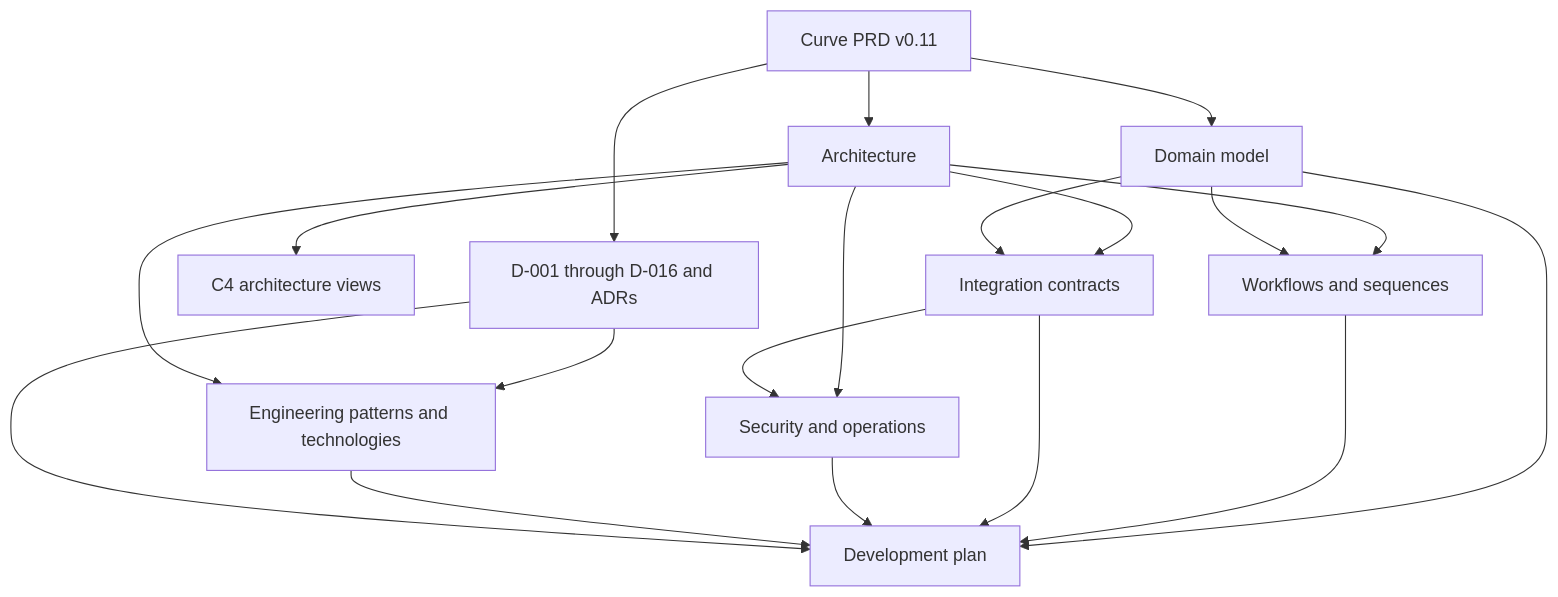
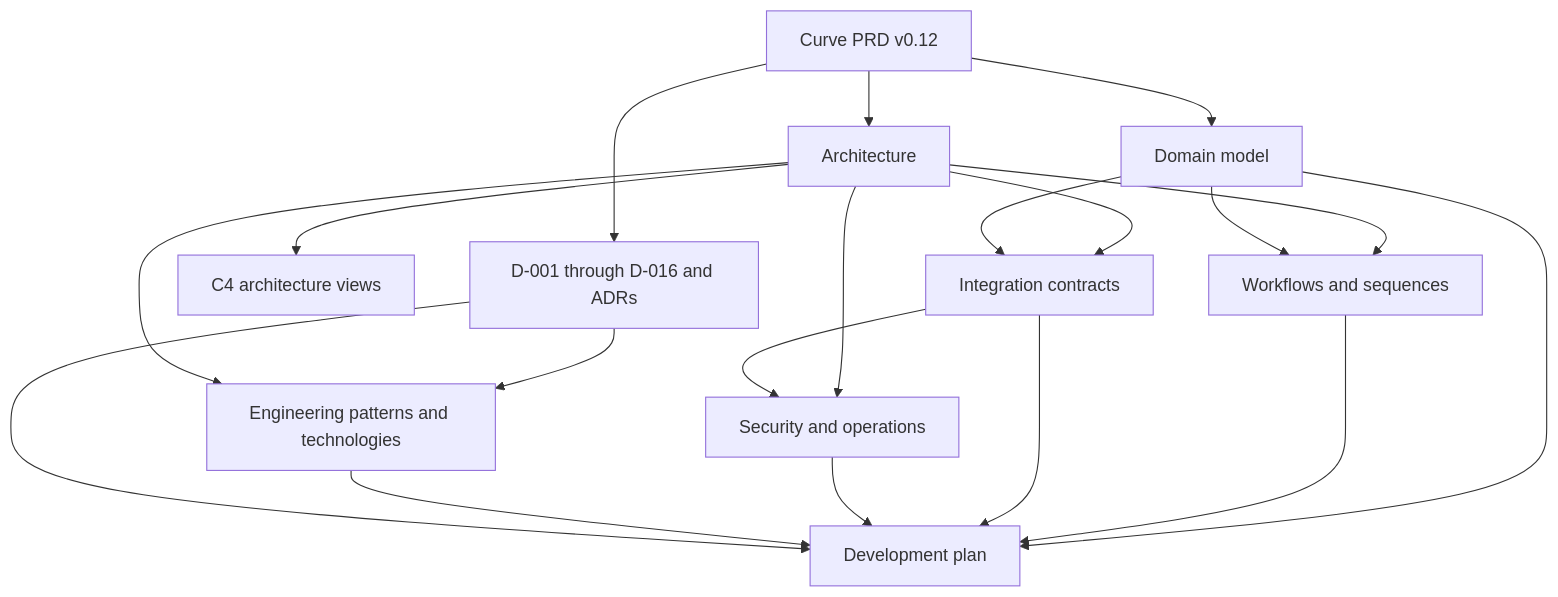
Before and after one commit to faocampo/curve: the diagram in docs/technical/README.md, drawn with Mermaid. The commit also changed other lines of this file and 27 other files, not shown here.

````diff
--- a/docs/technical/README.md
+++ b/docs/technical/README.md
@@ -99,21 +109,21 @@
 ```mermaid
 flowchart TD
-    prd["Curve PRD v0.11"] --> decisions["D-001 through D-016 and ADRs"]
+    prd["Curve PRD v0.12"] --> decisions["D-001 through D-016 and ADRs"]
     prd --> architecture[Architecture]
     architecture --> c4["C4 architecture views"]
     prd --> domain[Domain model]
     architecture --> workflows[Workflows and sequences]
     domain --> workflows
     architecture --> integrations[Integration contracts]
     domain --> integrations
     architecture --> security[Security and operations]
     integrations --> security
     decisions --> technology["Engineering patterns and technologies"]
     architecture --> technology
     domain --> plan[Development plan]
     workflows --> plan
     integrations --> plan
     security --> plan
     technology --> plan
     decisions --> plan
 ```
````
